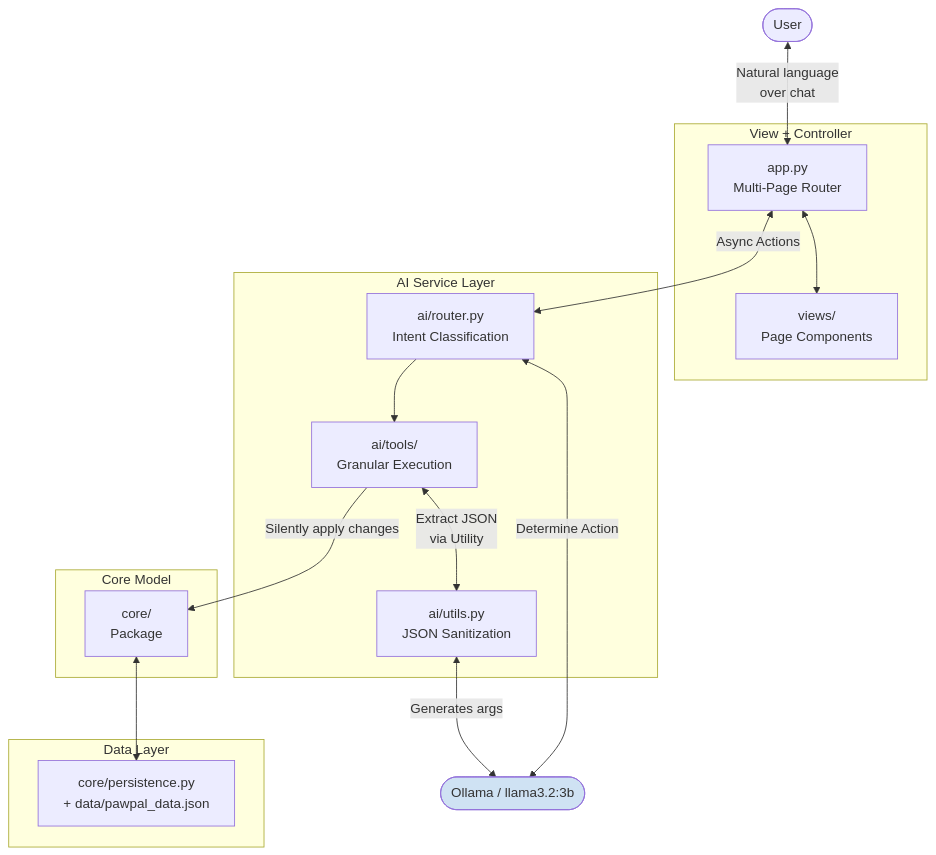
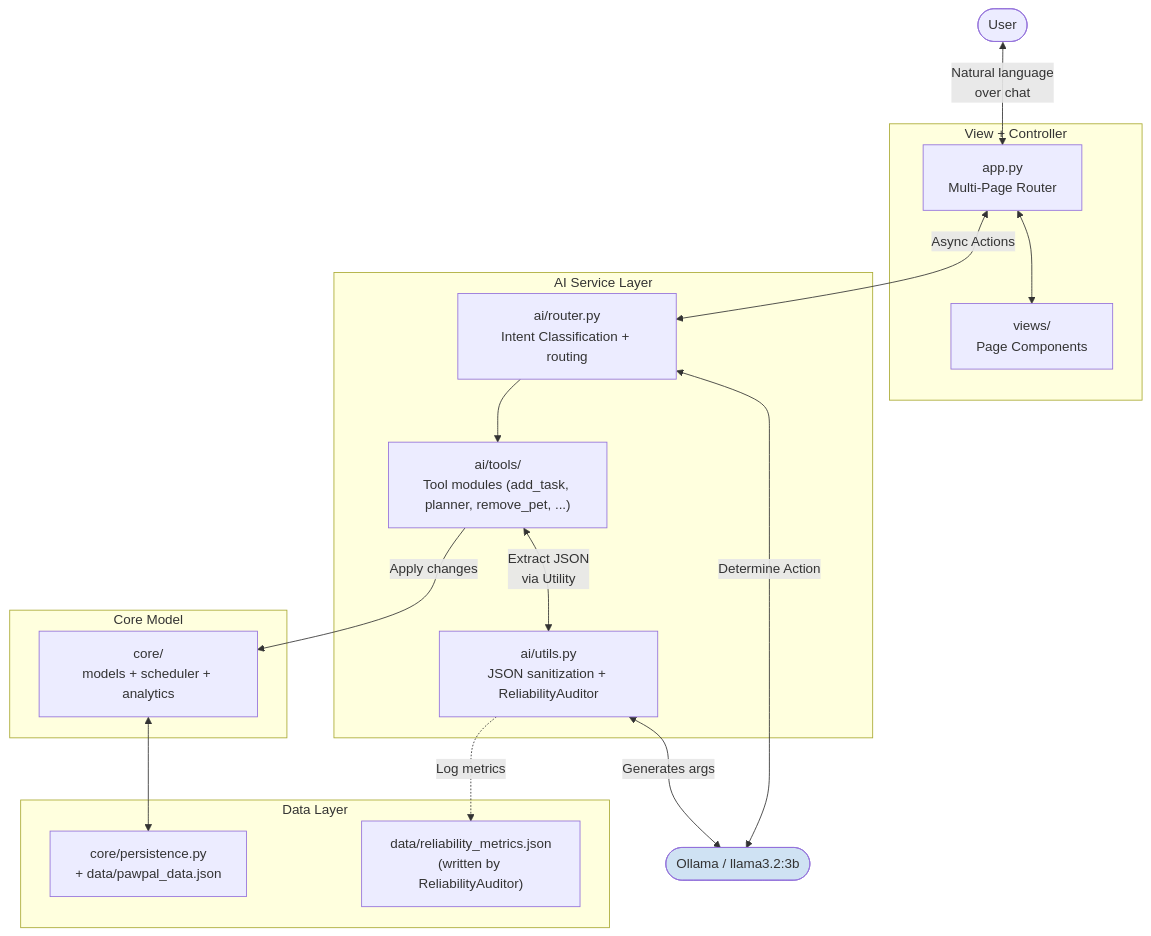
One commit to Mebsina/pawpal-ai-system-project changed the first of 4 diagrams in README.md. Above: the diagram before and after it, drawn with Mermaid. The commit also changed other lines of this file, not shown here.

Commit message:
docs: update mermaid diagrams

````diff
--- a/README.md
+++ b/README.md
@@ -45,37 +45,39 @@
 ```mermaid
 flowchart TD
     User([User])
 
     subgraph VC["View + Controller"]
     App["app.py<br/>Multi-Page Router"]
     Views["views/<br/>Page Components"]
 end
 
 subgraph AI["AI Service Layer"]
-    Router["ai/router.py<br/>Intent Classification"]
-    Tools["ai/tools/<br/>Granular Execution"]
-    Util["ai/utils.py<br/>JSON Sanitization"]
+    Router["ai/router.py<br/>Intent Classification + routing"]
+    Tools["ai/tools/<br/>Tool modules (add_task, planner, remove_pet, ...)"]
+    Util["ai/utils.py<br/>JSON sanitization + ReliabilityAuditor"]
 end
 
 subgraph Core["Core Model"]
-    Engine["core/<br/>Package"]
+    Engine["core/<br/>models + scheduler + analytics"]
 end
 
 subgraph Data["Data Layer"]
     Store["core/persistence.py<br/>+ data/pawpal_data.json"]
+    Metrics["data/reliability_metrics.json<br/>(written by ReliabilityAuditor)"]
 end
 
 Ollama([Ollama / llama3.2:3b])
 
 User <-->|"Natural language<br/>over chat"| App
 App <--> Views
 App <-->|"Async Actions"| Router
 Router <-->|Determine Action| Ollama
 Router --> Tools
 Tools <-->|Extract JSON\nvia Utility| Util
 Util <-->|Generates args| Ollama
-Tools -->|Silently apply changes| Engine
+Tools -->|Apply changes| Engine
 Engine <--> Store
+Util -.->|Log metrics| Metrics
 
     style Ollama fill:#cfe2f3
 ```
````
